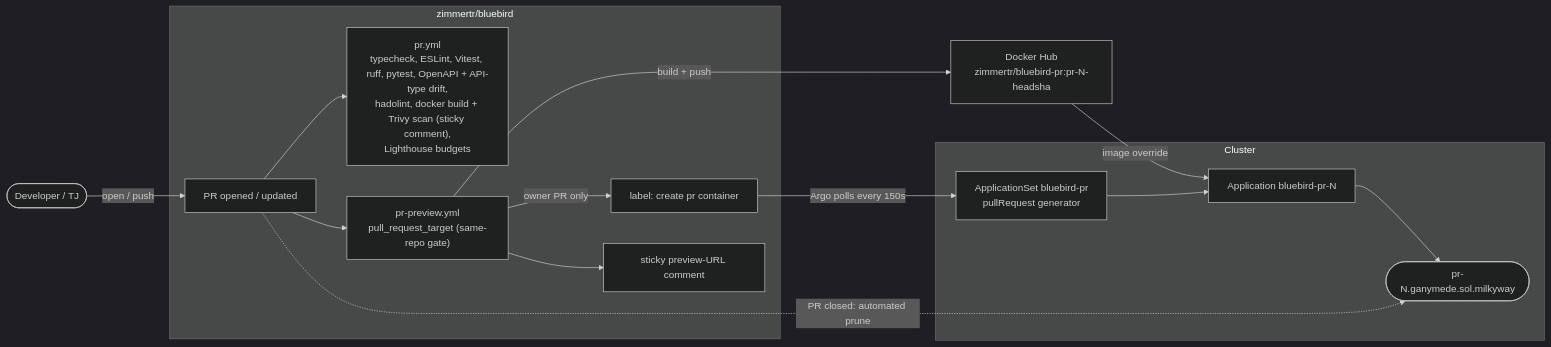
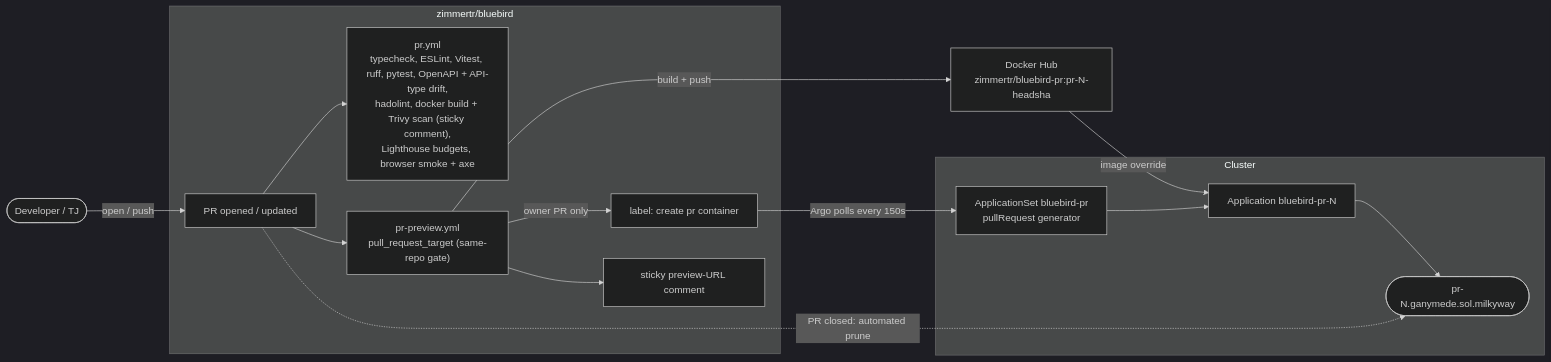
One commit to zimmertr/bluebird changed the fourth of 6 diagrams in docs/CICD.md. Above: the diagram before and after it, drawn with Mermaid (dark theme). The commit also changed other lines of this file and 22 other files, not shown here.

First line of the commit message:
test: run a browser smoke suite and axe on every PR (#465)

````diff
--- a/docs/CICD.md
+++ b/docs/CICD.md
@@ -675,32 +675,32 @@
 ```mermaid
 flowchart LR
     dev(["Developer / TJ"])
 
     subgraph BB["zimmertr/bluebird"]
         pr["PR opened / updated"]
-        checks["pr.yml<br/>typecheck, ESLint, Vitest, ruff, pytest, OpenAPI + API-type drift,<br/>hadolint, docker build + Trivy scan (sticky comment),<br/>Lighthouse budgets"]
+        checks["pr.yml<br/>typecheck, ESLint, Vitest, ruff, pytest, OpenAPI + API-type drift,<br/>hadolint, docker build + Trivy scan (sticky comment),<br/>Lighthouse budgets, browser smoke + axe"]
         preview["pr-preview.yml<br/>pull_request_target (same-repo gate)"]
         label["label: create pr container"]
         comment["sticky preview-URL comment"]
     end
 
     dhpr["Docker Hub<br/>zimmertr/bluebird-pr:pr-N-headsha"]
 
     subgraph CL["Cluster"]
         appset["ApplicationSet bluebird-pr<br/>pullRequest generator"]
         app["Application bluebird-pr-N"]
         env(["pr-N.ganymede.sol.milkyway"])
     end
 
     dev -->|open / push| pr
     pr --> checks
     pr --> preview
     preview -->|build + push| dhpr
     preview -->|owner PR only| label
     preview --> comment
     label -->|Argo polls every 150s| appset
     appset --> app
     dhpr -->|image override| app
     app --> env
     pr -.->|PR closed: automated prune| env
 ```
````
